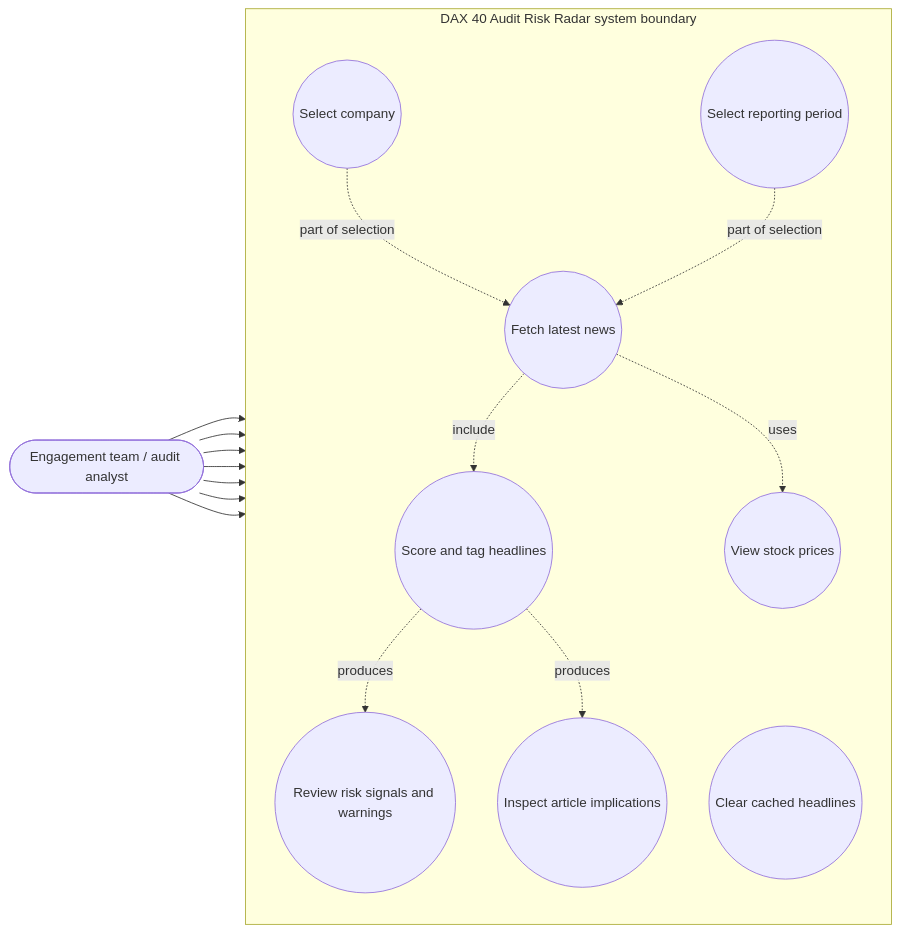
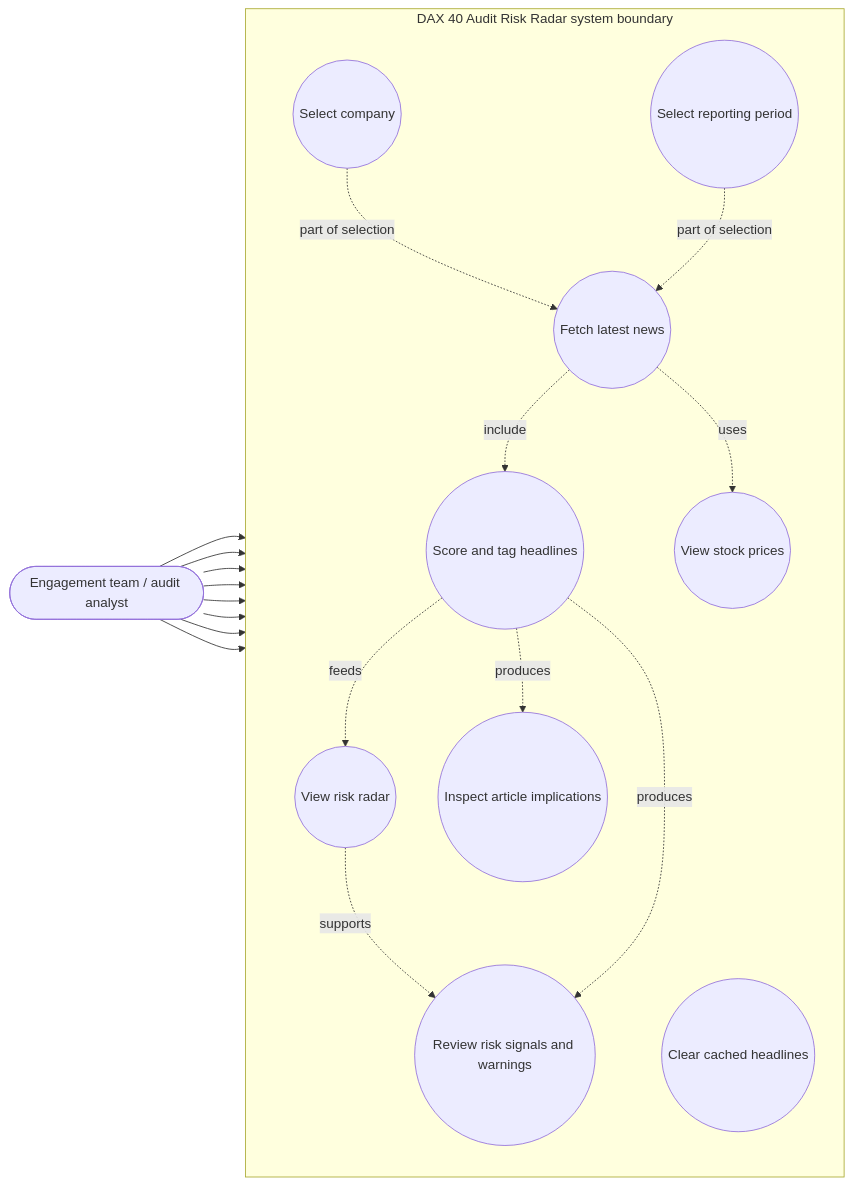
One commit to lasse133/DaxDataDashboard changed the diagram in diagrams/use-case-diagram.md. Above: the diagram before and after it, drawn with Mermaid. The commit also changed 2 other files, not shown here.

Commit message:
Include radar in diagrams

````diff
--- a/diagrams/use-case-diagram.md
+++ b/diagrams/use-case-diagram.md
@@ -5,31 +5,35 @@
 ```mermaid
 flowchart LR
     analyst([Engagement team / audit analyst])
 
     subgraph boundary["DAX 40 Audit Risk Radar system boundary"]
         direction TB
         select((Select company))
         period((Select reporting period))
         fetch((Fetch latest news))
         score((Score and tag headlines))
+        radar((View risk radar))
         review((Review risk signals and warnings))
         implications((Inspect article implications))
         prices((View stock prices))
         clear((Clear cached headlines))
     end
 
     analyst --> select
     analyst --> period
     analyst --> fetch
+    analyst --> radar
     analyst --> review
     analyst --> implications
     analyst --> prices
     analyst --> clear
 
     select -.->|part of selection| fetch
     period -.->|part of selection| fetch
     fetch -.->|include| score
+    score -.->|feeds| radar
+    radar -.->|supports| review
     score -.->|produces| review
     score -.->|produces| implications
     fetch -.->|uses| prices
 ```
````
